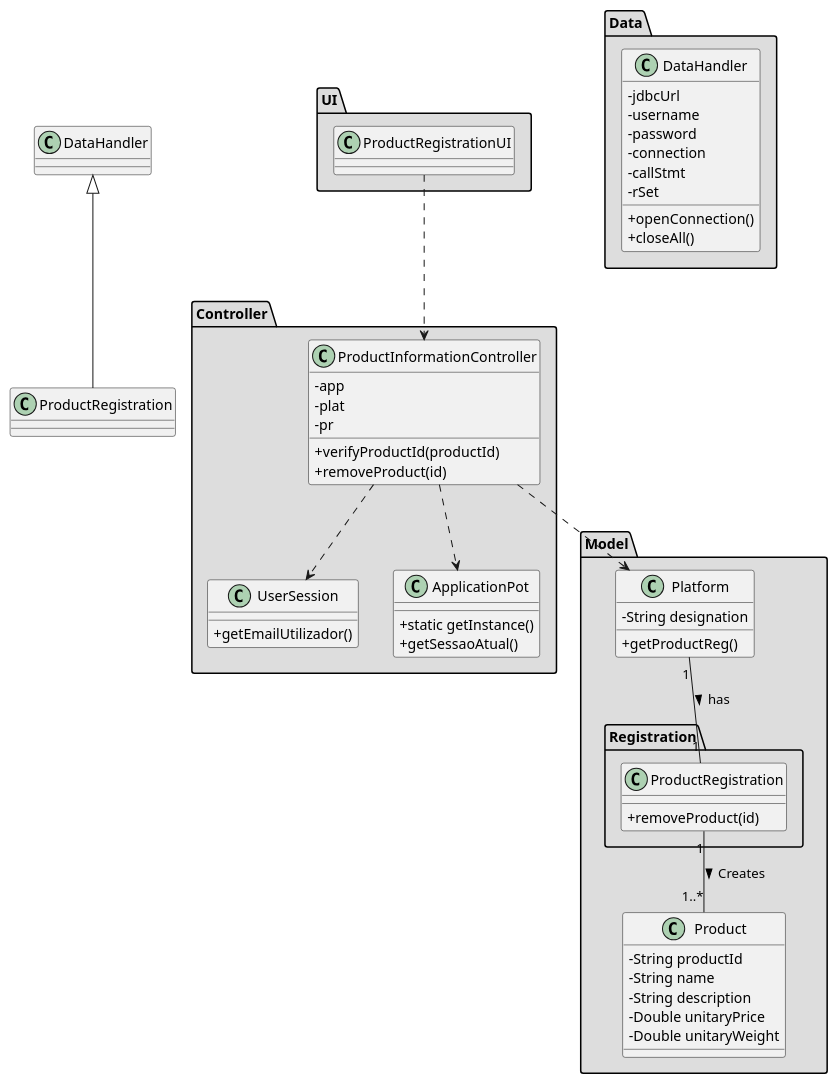
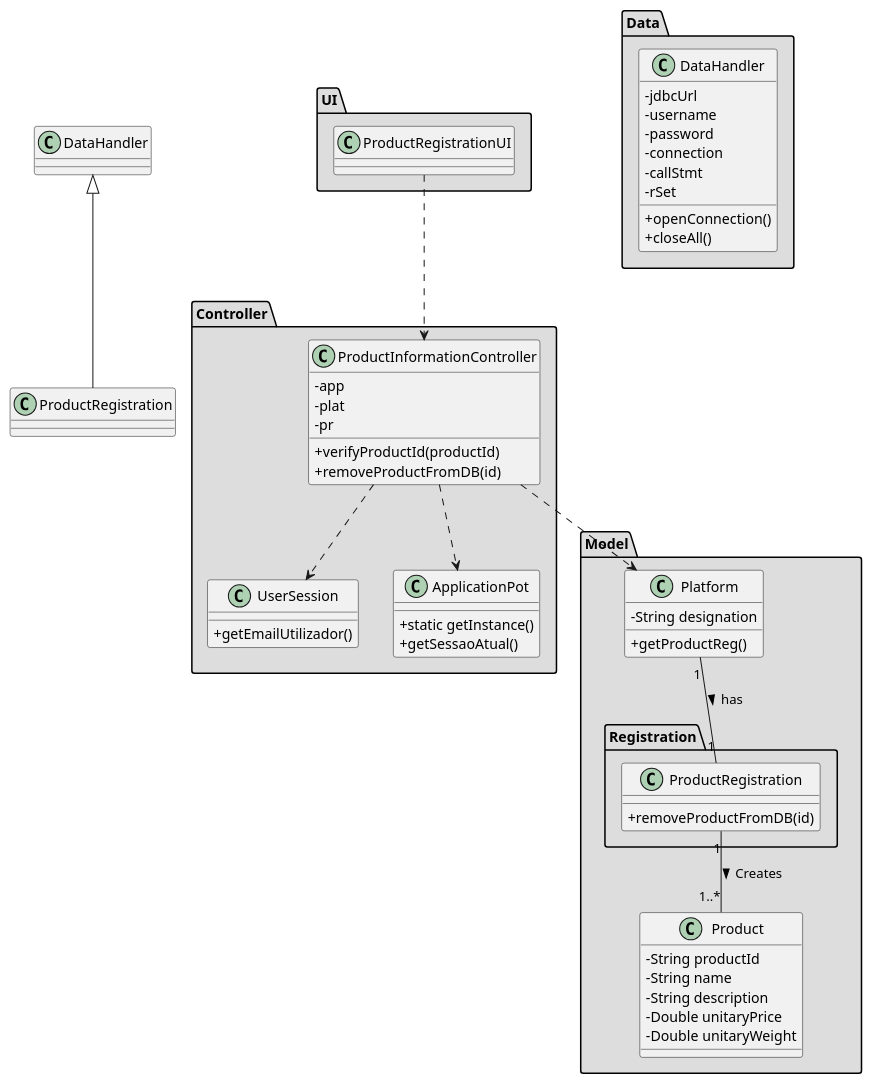
The diagram in docs/Iteration 1/Product Management/US72_RemoveProduct/US72_CD.puml (tiagoavcosta25/LAPR3), drawn with PlantUML before and after one commit. The commit also changed 3 other files, not shown here.

```diff
--- a/docs/Iteration 1/Product Management/US72_RemoveProduct/US72_CD.puml
+++ b/docs/Iteration 1/Product Management/US72_RemoveProduct/US72_CD.puml
@@ -1,70 +1,70 @@
 @startuml
 skinparam classAttributeIconSize 0
 package "UI" #DDDDDD {
     class ProductRegistrationUI{
     }
 }
 
 package "Controller" #DDDDDD {
     class ProductInformationController{
         -app
         -plat
         -pr
         +verifyProductId(productId)
-        +removeProduct(id)
+        +removeProductFromDB(id)
     }
 
     class UserSession {
         +getEmailUtilizador()
     }
 
     class ApplicationPot {
         +static getInstance()
         +getSessaoAtual()
     }
 }
 
 package "Model" #DDDDDD {
     class Platform {
         -String designation
         +getProductReg()
     }
 
     class Product{
         -String productId
         -String name
         -String description
         -Double unitaryPrice
         -Double unitaryWeight
     }
 
     package "Registration" #DDDDDD {
         class ProductRegistration{
-            +removeProduct(id)
+            +removeProductFromDB(id)
         }
     }
 }
 
 
 package "Data" #DDDDDD {
     class DataHandler{
         -jdbcUrl
         -username
         -password
         -connection
         -callStmt
         -rSet
         +openConnection()
         +closeAll()
     }
 }
 
 
 ProductRegistrationUI ..> ProductInformationController
 ProductInformationController ..> Platform
 ProductInformationController ..> ApplicationPot
 ProductInformationController ..> UserSession
 Platform "1" -- "1" ProductRegistration: has >
 ProductRegistration "1" -- "1..*" Product: Creates >
 class ProductRegistration extends DataHandler
 @enduml
```
